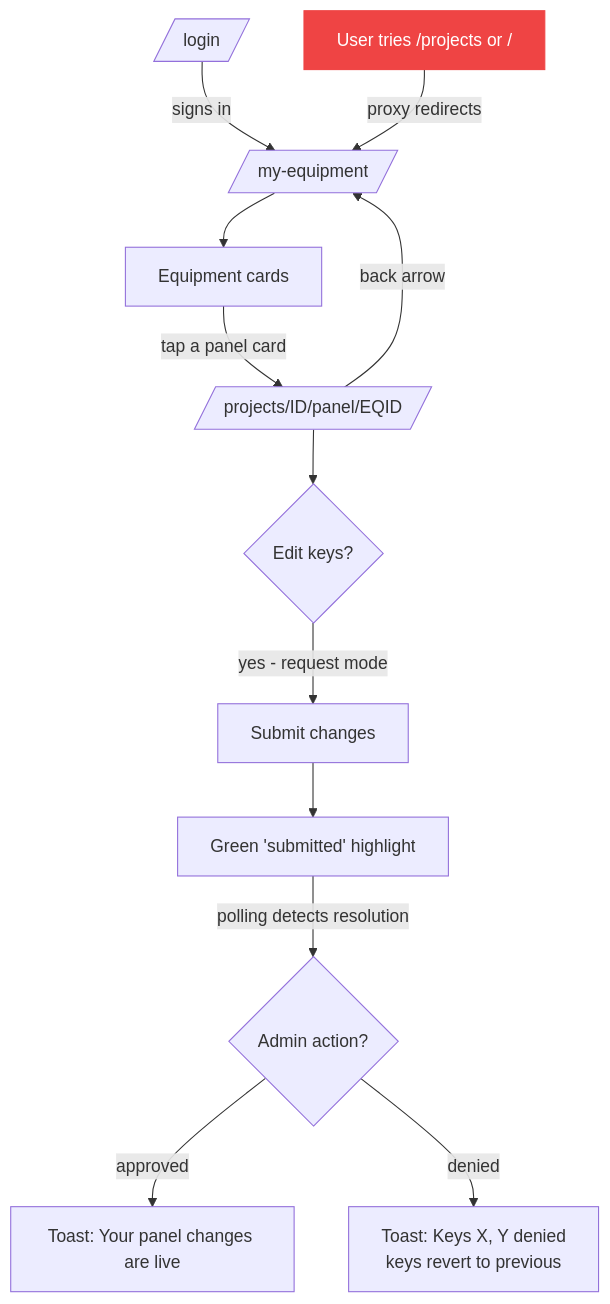
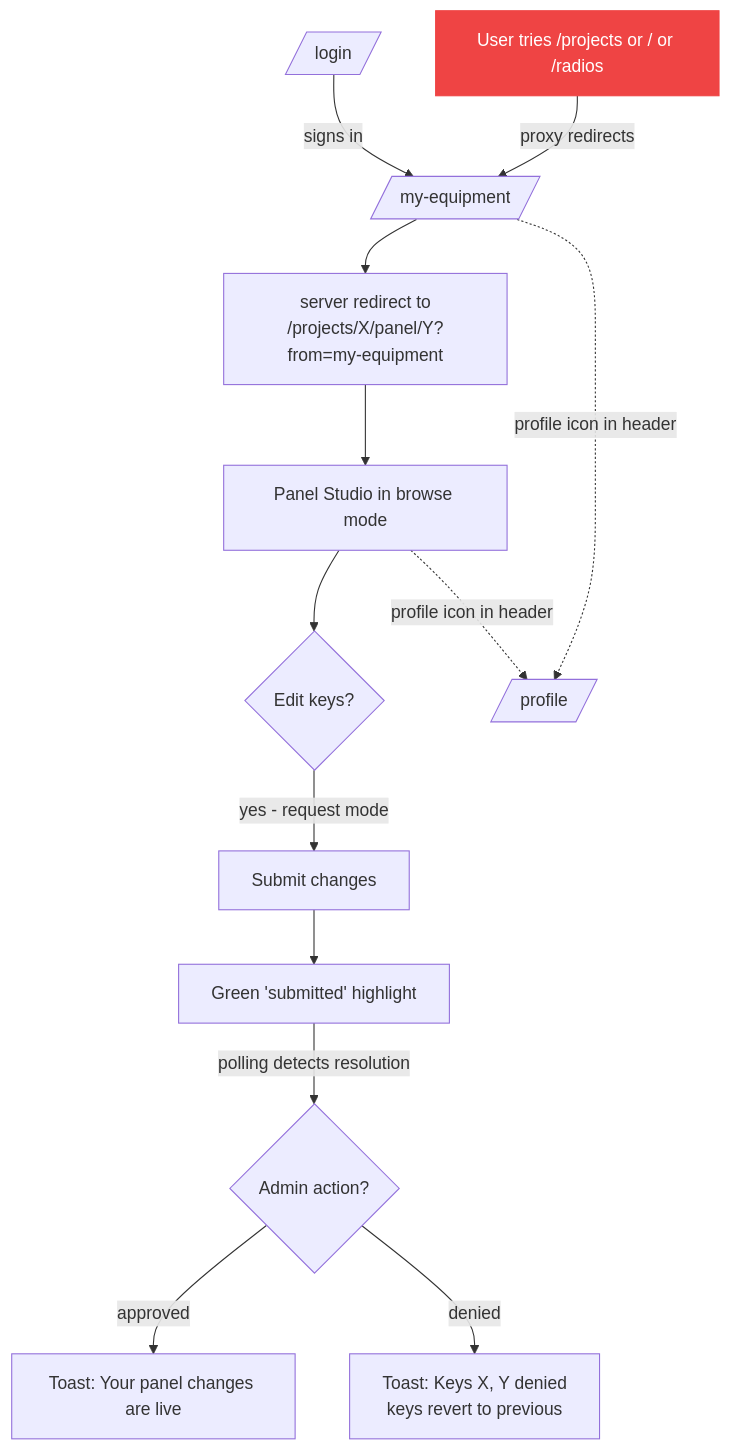
One commit to jimmfxr/versacom-app changed the third of 11 diagrams in docs/user-flow.md. Above: the diagram before and after it, drawn with Mermaid. The commit also changed other lines of this file and 7 other files, not shown here.

First line of the commit message:
docs: refresh PRD/user-flow/UML/product-decisions for v2.3

````diff
--- a/docs/user-flow.md
+++ b/docs/user-flow.md
@@ -85,19 +111,21 @@
 ```mermaid
 flowchart TD
     LOGIN[/login/] -->|signs in| MYEQ[/my-equipment/]
-    MYEQ --> CARDS[Equipment cards]
-    CARDS -->|tap a panel card| PS[/projects/ID/panel/EQID/]
-    PS -->|back arrow| MYEQ
+    MYEQ --> REDIR[server redirect to<br/>/projects/X/panel/Y?from=my-equipment]
+    REDIR --> PS[Panel Studio in browse mode]
 
     PS --> EDIT{Edit keys?}
     EDIT -->|yes - request mode| SUBMIT[Submit changes]
     SUBMIT --> WAIT[Green 'submitted' highlight]
     WAIT -->|polling detects resolution| RESULT{Admin action?}
     RESULT -->|approved| TOAST_OK[Toast: Your panel changes are live]
     RESULT -->|denied| TOAST_DENY[Toast: Keys X, Y denied<br/>keys revert to previous]
 
-    NAV_BLOCKED[User tries /projects or /] -->|proxy redirects| MYEQ
+    MYEQ -.->|profile icon in header| PROFILE[/profile/]
+    PS -.->|profile icon in header| PROFILE
+
+    NAV_BLOCKED[User tries /projects or / or /radios] -->|proxy redirects| MYEQ
 
     classDef blocked fill:#ef4444,stroke:#ef4444,color:#fff
     class NAV_BLOCKED blocked
 ```
````
